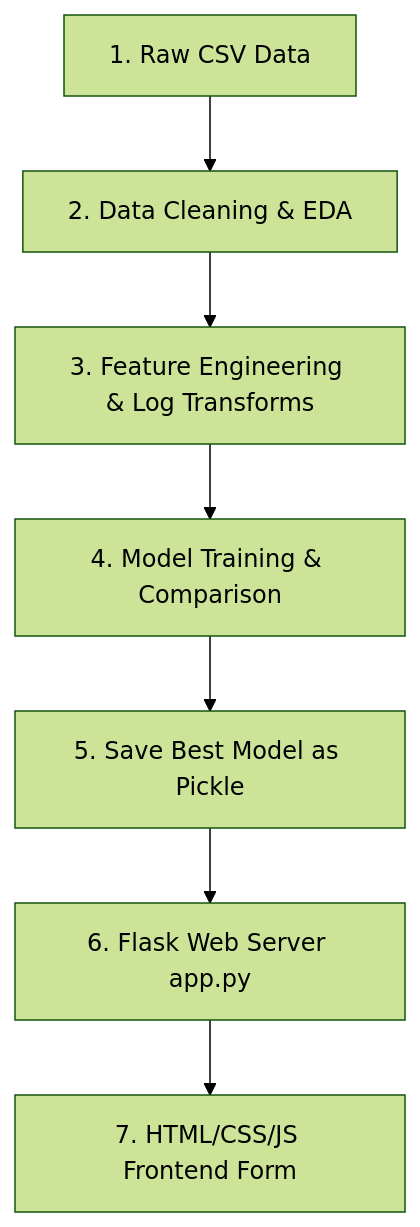
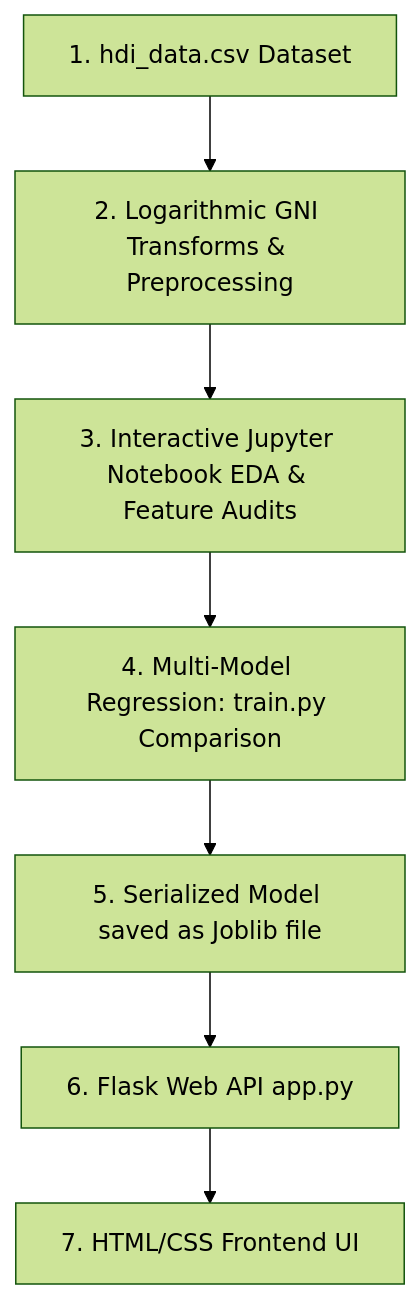
The diagram in docs/human-development-index.md (isyedrayan1/foliogalat), drawn with Mermaid (forest theme) before and after one commit. The commit also changed other lines of this file and 15 other files, not shown here.

````diff
--- a/docs/human-development-index.md
+++ b/docs/human-development-index.md
@@ -20,9 +24,9 @@
 ```mermaid
 graph TD
-    A[1. Raw CSV Data] --> B[2. Data Cleaning & EDA]
-    B --> C[3. Feature Engineering & Log Transforms]
-    C --> D[4. Model Training & Comparison]
-    D --> E[5. Save Best Model as Pickle]
-    E --> F[6. Flask Web Server app.py]
-    F --> G[7. HTML/CSS/JS Frontend Form]
+    A[1. hdi_data.csv Dataset] --> B[2. Logarithmic GNI Transforms & Preprocessing]
+    B --> C[3. Interactive Jupyter Notebook EDA & Feature Audits]
+    C --> D[4. Multi-Model Regression: train.py Comparison]
+    D --> E[5. Serialized Model saved as Joblib file]
+    E --> F[6. Flask Web API app.py]
+    F --> G[7. HTML/CSS Frontend UI]
 ```
````
